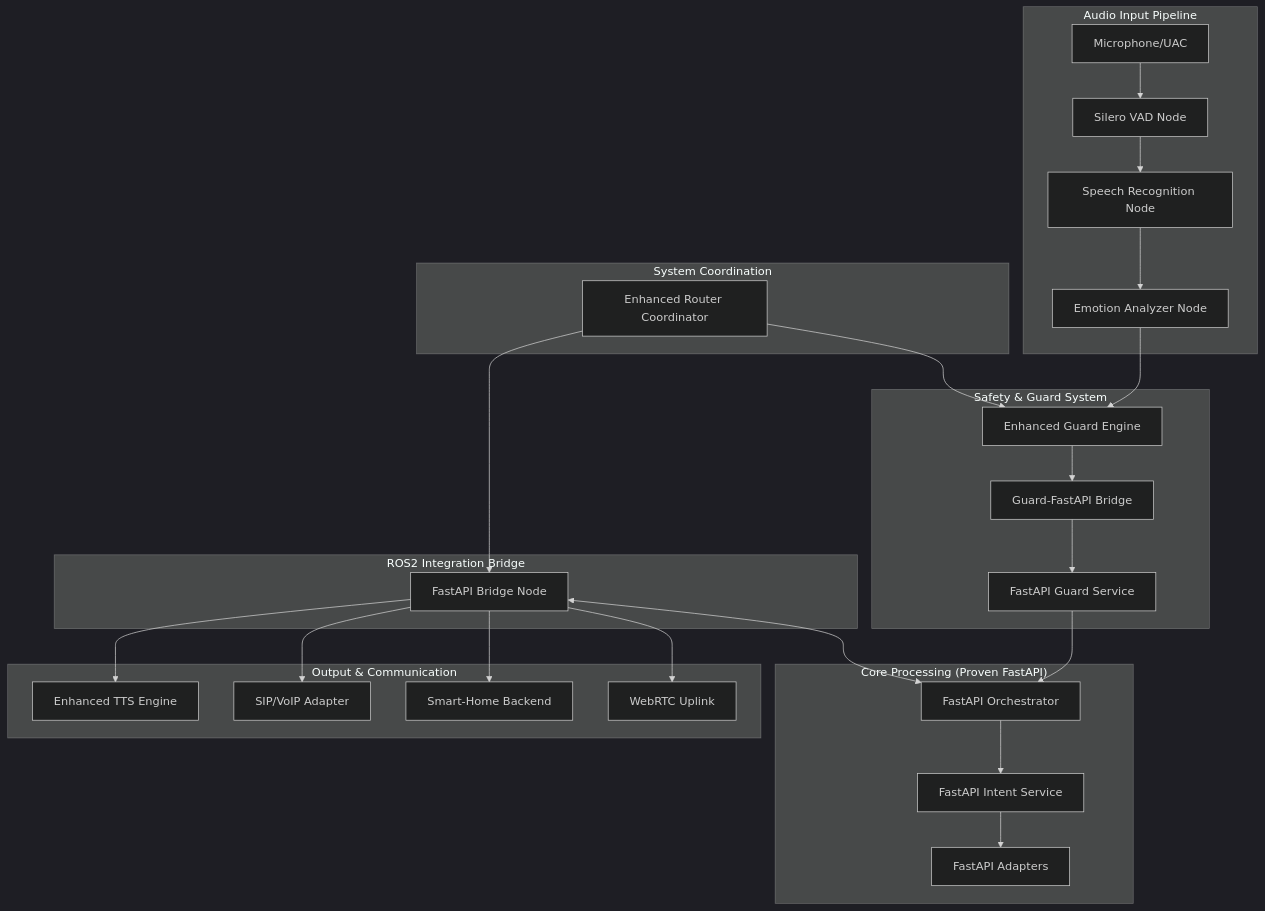
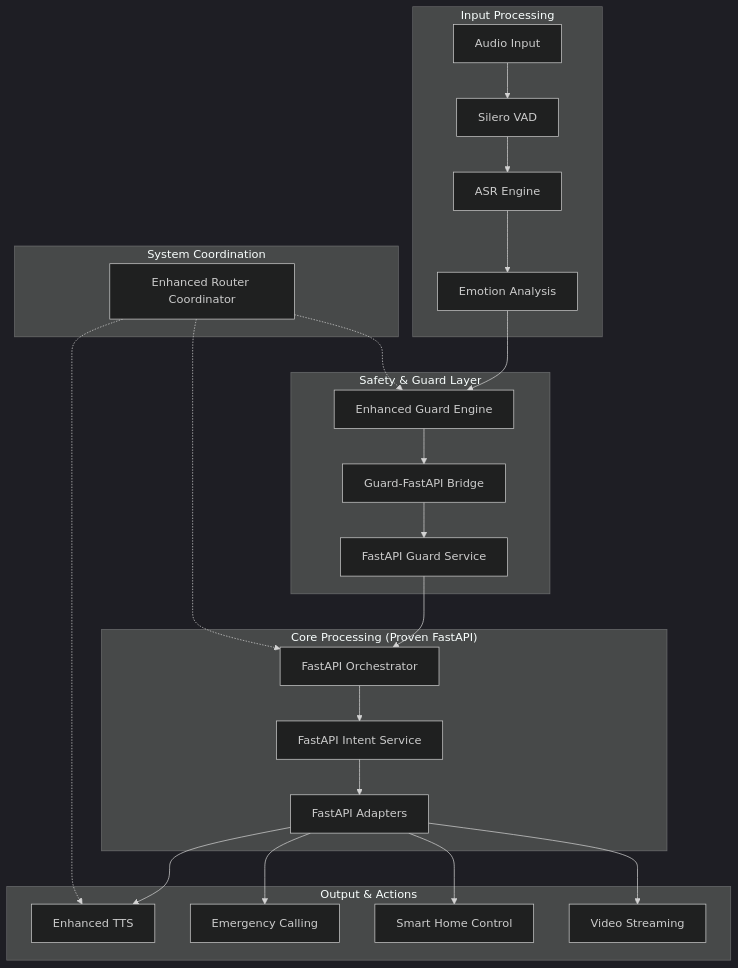
The first of 2 diagrams in README.md (SearocIsMe/elderly-companion), drawn with Mermaid (dark theme) before and after one commit. The commit also changed other lines of this file and 19 other files, not shown here.

````diff
--- a/README.md
+++ b/README.md
@@ -18,38 +51,34 @@
 ```mermaid
-graph TB
-    subgraph "Audio Input Pipeline"
-        MIC[Microphone/UAC] --> SILERO[Silero VAD Node]
-        SILERO --> ASR[Speech Recognition Node]
-        ASR --> EMOTION[Emotion Analyzer Node]
+flowchart TD
+    subgraph "Input Processing"
+        A[Audio Input] --> B[Silero VAD]
+        B --> C[ASR Engine]
+        C --> D[Emotion Analysis]
     end
     
-    subgraph "Safety & Guard System"
-        EMOTION --> ENHANCED_GUARD[Enhanced Guard Engine]
-        ENHANCED_GUARD --> GUARD_BRIDGE[Guard-FastAPI Bridge]
-        GUARD_BRIDGE --> FASTAPI_GUARD[FastAPI Guard Service]
+    subgraph "Safety & Guard Layer"
+        D --> E[Enhanced Guard Engine]
+        E --> F[Guard-FastAPI Bridge]
+        F --> G[FastAPI Guard Service]
     end
     
     subgraph "Core Processing (Proven FastAPI)"
-        FASTAPI_GUARD --> FASTAPI_ORCHESTRATOR[FastAPI Orchestrator]
-        FASTAPI_ORCHESTRATOR --> FASTAPI_INTENT[FastAPI Intent Service]
-        FASTAPI_INTENT --> FASTAPI_ADAPTERS[FastAPI Adapters]
+        G --> H[FastAPI Orchestrator]
+        H --> I[FastAPI Intent Service]
+        I --> J[FastAPI Adapters]
     end
     
-    subgraph "ROS2 Integration Bridge"
-        FASTAPI_BRIDGE[FastAPI Bridge Node]
-        FASTAPI_BRIDGE <--> FASTAPI_ORCHESTRATOR
-    end
-    
-    subgraph "Output & Communication"
-        FASTAPI_BRIDGE --> ENHANCED_TTS[Enhanced TTS Engine]
-        FASTAPI_BRIDGE --> SIP_VOIP[SIP/VoIP Adapter]
-        FASTAPI_BRIDGE --> SMART_HOME[Smart-Home Backend]
-        FASTAPI_BRIDGE --> WEBRTC[WebRTC Uplink]
+    subgraph "Output & Actions"
+        J --> K[Enhanced TTS]
+        J --> L[Emergency Calling]
+        J --> M[Smart Home Control]
+        J --> N[Video Streaming]
     end
     
     subgraph "System Coordination"
-        COORDINATOR[Enhanced Router Coordinator]
-        COORDINATOR --> FASTAPI_BRIDGE
-        COORDINATOR --> ENHANCED_GUARD
+        O[Enhanced Router Coordinator]
+        O -.-> E
+        O -.-> H
+        O -.-> K
     end
 ```
````
